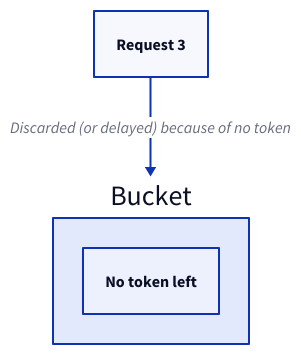
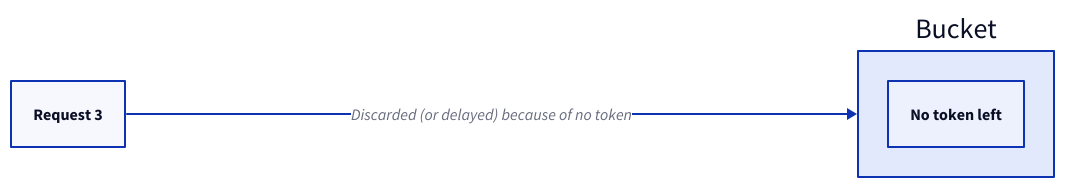
Before and after one commit to link1905/system-design-101: the fourth of 11 diagrams in content/docs/system-administration/system-protection/rate-limiting.md, drawn with D2. The commit also changed other lines of this file and 21 other files, not shown here.

````diff
--- a/content/docs/system-administration/system-protection/rate-limiting.md
+++ b/content/docs/system-administration/system-protection/rate-limiting.md
@@ -140,9 +142,10 @@
 ```d2
+direction: right
 b: Bucket {
   "No token left"
 }
 r3: Request 3 {
   class: request
 }
 r3 -> b: Discarded (or delayed) because of no token
 ```
````
